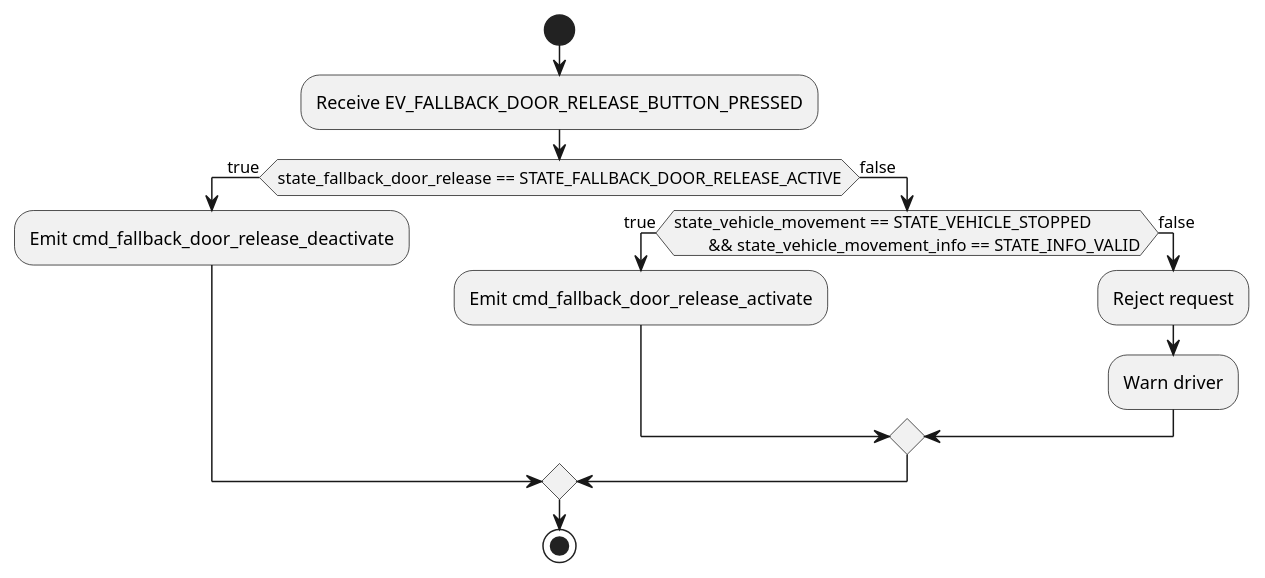
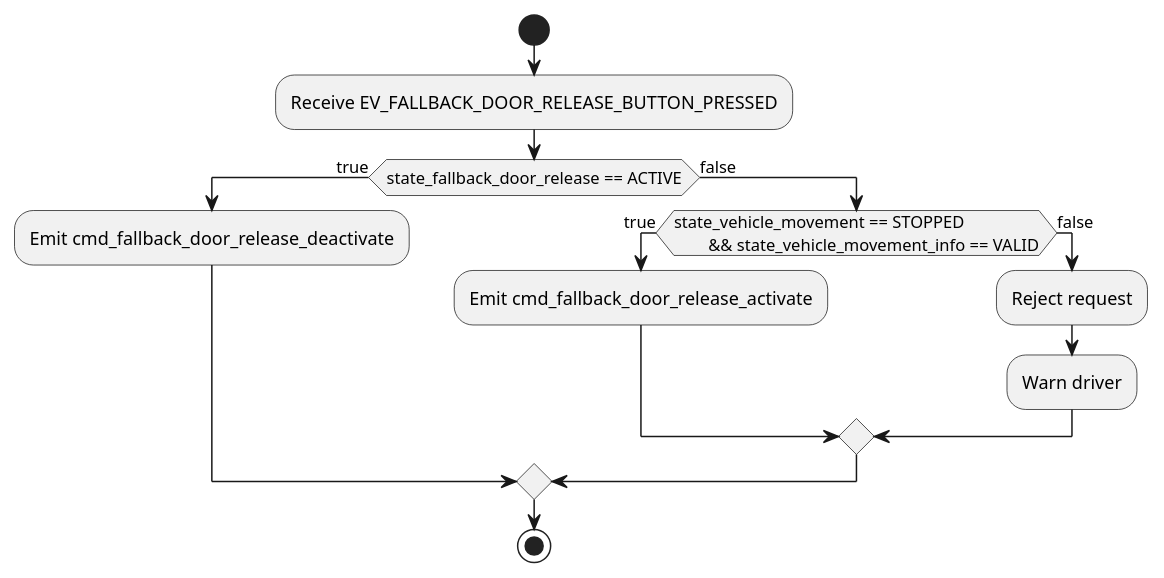
Before and after one commit to paetzholdt/CANRepo: the diagram in docs/models/activity_diagrams/node-door-controller/fallback_door_release_supervisor_activity.puml, drawn with PlantUML. The commit also changed 7 other files, not shown here.

```diff
--- a/docs/models/activity_diagrams/node-door-controller/fallback_door_release_supervisor_activity.puml
+++ b/docs/models/activity_diagrams/node-door-controller/fallback_door_release_supervisor_activity.puml
@@ -1,28 +1,28 @@
 @startuml fallback_door_release_supervisor_activity
 
 start
 
 :Receive EV_FALLBACK_DOOR_RELEASE_BUTTON_PRESSED;
 
 
-if (state_fallback_door_release == STATE_FALLBACK_DOOR_RELEASE_ACTIVE) then (true)
+if (state_fallback_door_release == ACTIVE) then (true)
     :Emit cmd_fallback_door_release_deactivate;
 
 
 else (false)
 
-    if (state_vehicle_movement == STATE_VEHICLE_STOPPED
-        && state_vehicle_movement_info == STATE_INFO_VALID) then (true) 
+    if (state_vehicle_movement == STOPPED
+        && state_vehicle_movement_info == VALID) then (true) 
         :Emit cmd_fallback_door_release_activate;
     else (false)
         :Reject request;
         :Warn driver;
 
     endif
 
 endif
 
 
 stop
 
 @enduml
```
